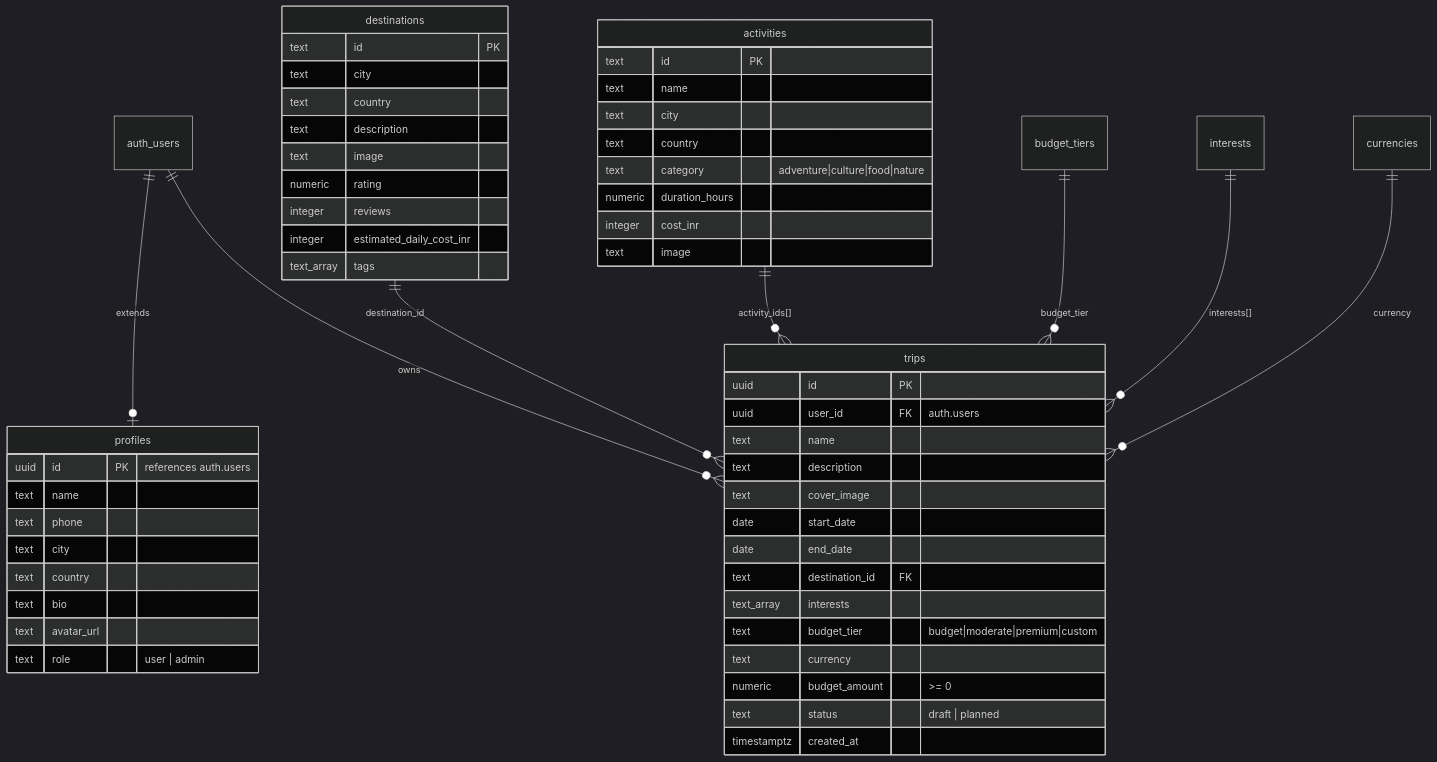
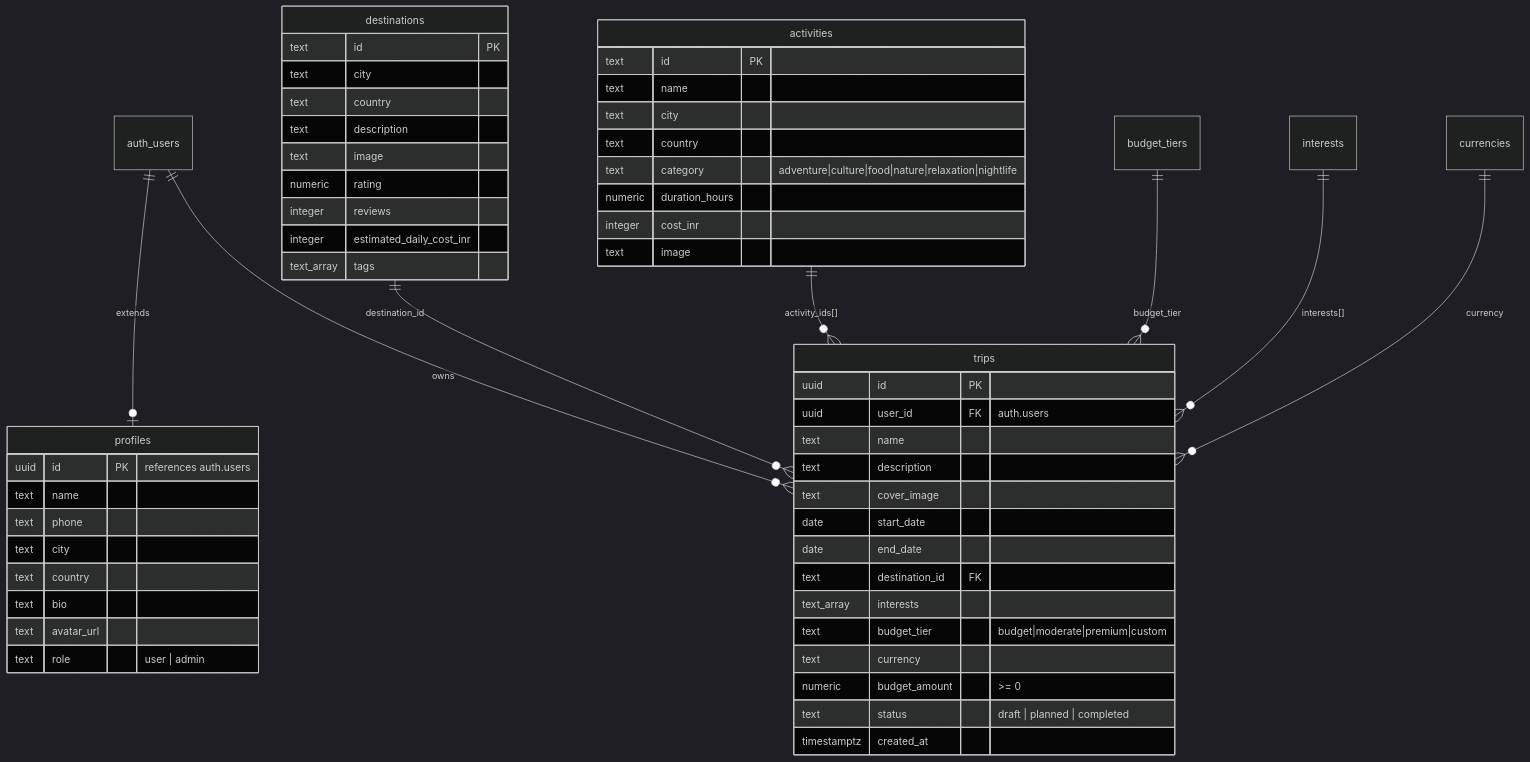
One commit to Shubham-997800/GlobeTrotter changed the fourth of 4 diagrams in README.md. Above: the diagram before and after it, drawn with Mermaid (dark theme). The commit also changed other lines of this file, not shown here.

````diff
--- a/README.md
+++ b/README.md
@@ -404,61 +404,61 @@
 ```mermaid
 erDiagram
     auth_users ||--o| profiles : "extends"
     auth_users ||--o{ trips : owns
     destinations ||--o{ trips : "destination_id"
     activities ||--o{ trips : "activity_ids[]"
     budget_tiers ||--o{ trips : "budget_tier"
     interests ||--o{ trips : "interests[]"
     currencies ||--o{ trips : "currency"
 
     profiles {
         uuid id PK "references auth.users"
         text name
         text phone
         text city
         text country
         text bio
         text avatar_url
         text role "user | admin"
     }
 
     trips {
         uuid id PK
         uuid user_id FK "auth.users"
         text name
         text description
         text cover_image
         date start_date
         date end_date
         text destination_id FK
         text_array interests
         text budget_tier "budget|moderate|premium|custom"
         text currency
         numeric budget_amount ">= 0"
-        text status "draft | planned"
+        text status "draft | planned | completed"
         timestamptz created_at
     }
 
     destinations {
         text id PK
         text city
         text country
         text description
         text image
         numeric rating
         integer reviews
         integer estimated_daily_cost_inr
         text_array tags
     }
 
     activities {
         text id PK
         text name
         text city
         text country
-        text category "adventure|culture|food|nature"
+        text category "adventure|culture|food|nature|relaxation|nightlife"
         numeric duration_hours
         integer cost_inr
         text image
     }
 ```
````
